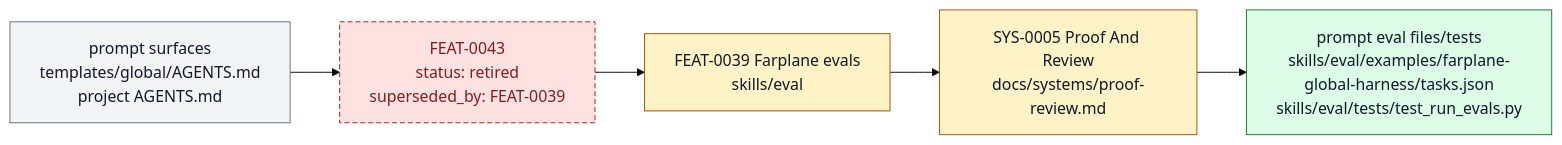
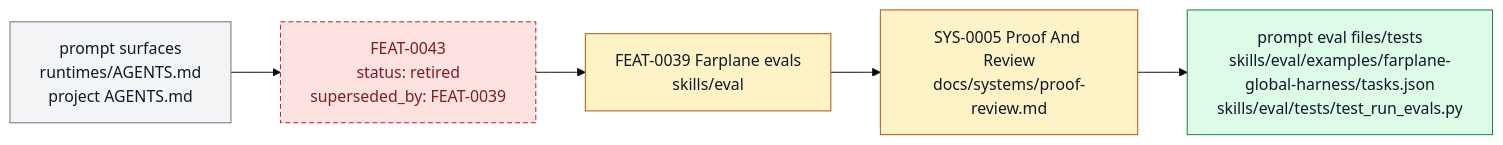
One commit to ZanarkandTechnologies/Farplane changed the diagram in docs/features/FEAT-0043-project-level-system-prompt-eval-suite.md. Above: the diagram before and after it, drawn with Mermaid (base theme). The commit also changed other lines of this file and 223 other files, not shown here.

````diff
--- a/docs/features/FEAT-0043-project-level-system-prompt-eval-suite.md
+++ b/docs/features/FEAT-0043-project-level-system-prompt-eval-suite.md
@@ -93,15 +93,15 @@
 ```mermaid
 flowchart LR
   classDef keep fill:#f3f4f6,stroke:#6b7280,color:#111827
   classDef changed fill:#fef3c7,stroke:#b45309,color:#111827
   classDef added fill:#dcfce7,stroke:#15803d,color:#111827
   classDef retired fill:#fee2e2,stroke:#b91c1c,color:#7f1d1d,stroke-dasharray: 5 3
 
-  prompt["prompt surfaces<br/>templates/global/AGENTS.md<br/>project AGENTS.md"]:::keep
+  prompt["prompt surfaces<br/>runtimes/AGENTS.md<br/>project AGENTS.md"]:::keep
   retired["FEAT-0043<br/>status: retired<br/>superseded_by: FEAT-0039"]:::retired
   evals["FEAT-0039 Farplane evals<br/>skills/eval"]:::changed
   proof["SYS-0005 Proof And Review<br/>docs/systems/proof-review.md"]:::changed
   cases["prompt eval files/tests<br/>skills/eval/examples/farplane-global-harness/tasks.json<br/>skills/eval/tests/test_run_evals.py"]:::added
 
   prompt --> retired --> evals --> proof --> cases
 ```
````
